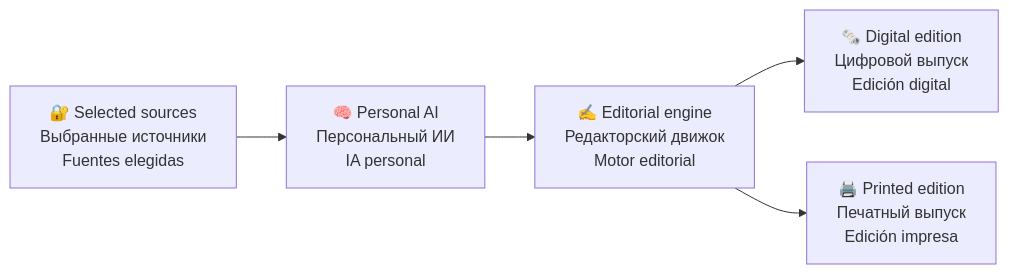
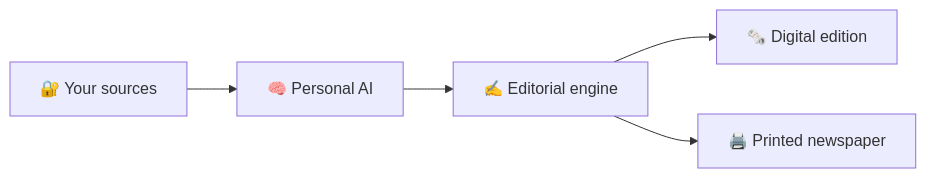
Before and after one commit to German-GPD/you-daily: the second of 3 diagrams in README.md, drawn with Mermaid. The commit also changed other lines of this file, not shown here.

````diff
--- a/README.md
+++ b/README.md
@@ -35,7 +109,7 @@
 ```mermaid
 flowchart LR
-    A["🔐 Selected sources<br/>Выбранные источники<br/>Fuentes elegidas"] --> B["🧠 Personal AI<br/>Персональный ИИ<br/>IA personal"]
-    B --> C["✍️ Editorial engine<br/>Редакторский движок<br/>Motor editorial"]
-    C --> D["🗞️ Digital edition<br/>Цифровой выпуск<br/>Edición digital"]
-    C --> E["🖨️ Printed edition<br/>Печатный выпуск<br/>Edición impresa"]
+    A["🔐 Your sources"] --> B["🧠 Personal AI"]
+    B --> C["✍️ Editorial engine"]
+    C --> D["🗞️ Digital edition"]
+    C --> E["🖨️ Printed newspaper"]
 ```
````
